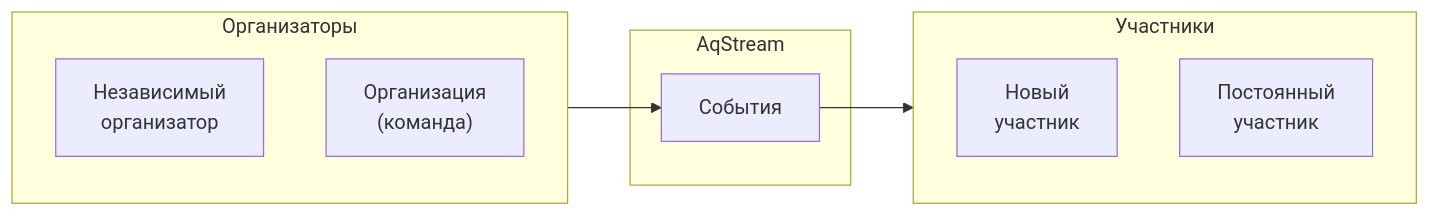
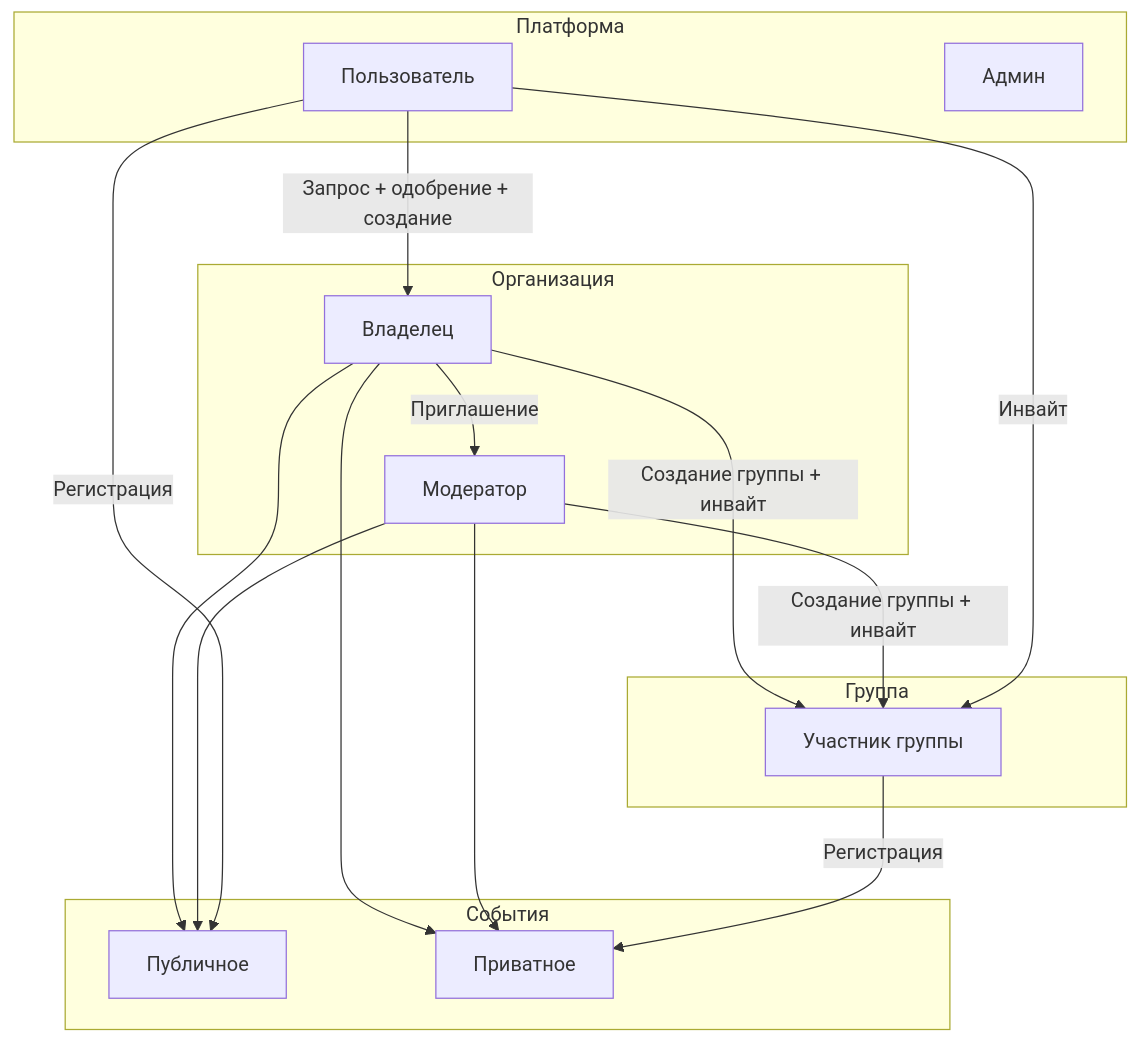
Before and after one commit to egorov-ma/aqstream: the first of 9 diagrams in docs/business/user-journeys.md, drawn with Mermaid. The commit also changed other lines of this file and 47 other files, not shown here.

````diff
--- a/docs/business/user-journeys.md
+++ b/docs/business/user-journeys.md
@@ -7,19 +7,30 @@
 ```mermaid
-flowchart LR
-    subgraph Organizers["Организаторы"]
-        O1["Независимый<br/>организатор"]
-        O2["Организация<br/>(команда)"]
+flowchart TB
+    subgraph Platform["Платформа"]
+        User["Пользователь"]
+        Admin["Админ"]
     end
-    
-    subgraph Participants["Участники"]
-        P1["Новый<br/>участник"]
-        P2["Постоянный<br/>участник"]
+
+    subgraph Organization["Организация"]
+        Owner["Владелец"]
+        Moderator["Модератор"]
     end
-    
-    subgraph Platform["AqStream"]
-        Events["События"]
+
+    subgraph Group["Группа"]
+        GroupMember["Участник группы"]
     end
-    
-    Organizers --> Events
-    Events --> Participants
+
+    subgraph Event["События"]
+        Public["Публичное"]
+        Private["Приватное"]
+    end
+
+    User -->|"Запрос + одобрение + создание"| Owner
+    Owner -->|"Приглашение"| Moderator
+    Owner & Moderator -->|"Создание группы + инвайт"| GroupMember
+    User -->|"Инвайт"| GroupMember
+
+    Owner & Moderator --> Public & Private
+    User -->|"Регистрация"| Public
+    GroupMember -->|"Регистрация"| Private
 ```
````
